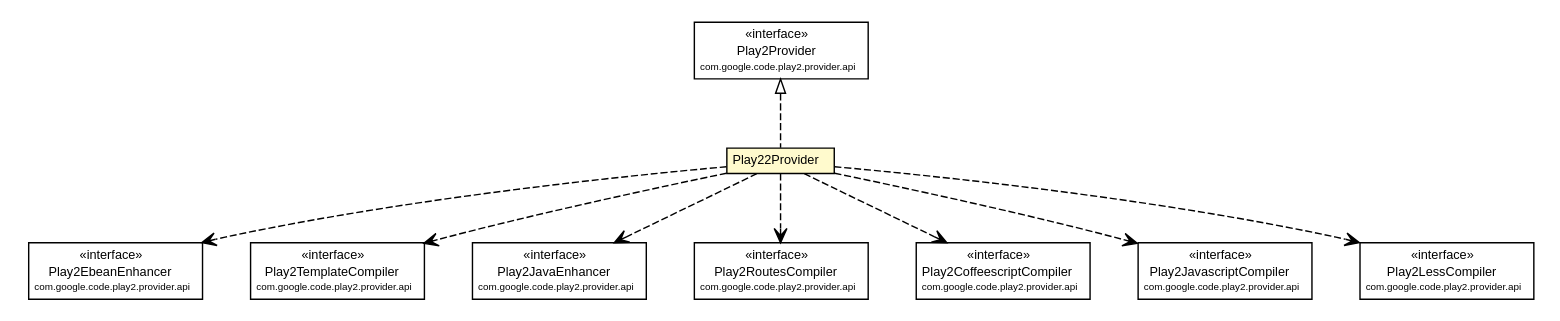
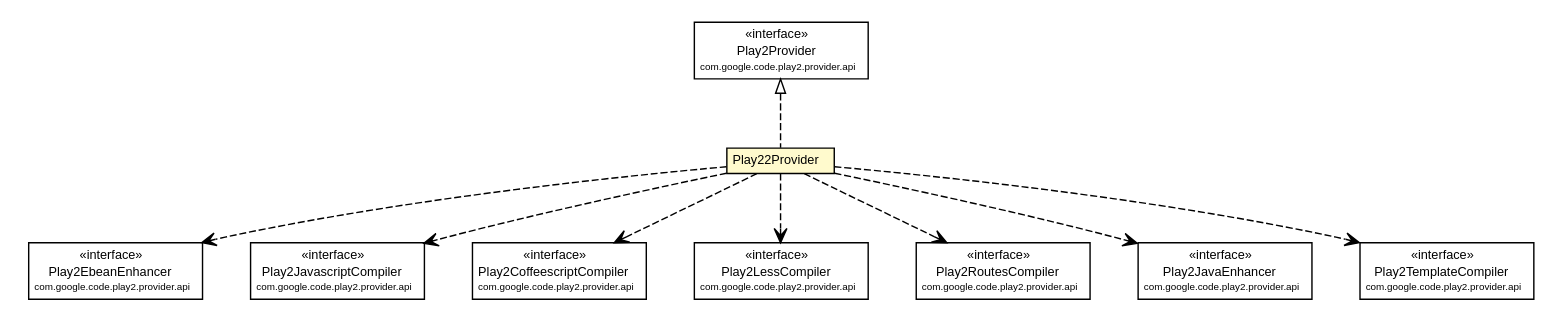
One commit to wouterhardeman/play2-maven-plugin changed the diagram in mavensite/1.0.0-beta1-SNAPSHOT/play2-providers/play2-provider-play22/apidocs/com/google/code/play2/provider/play22/Play22Provider.dot. Above: the diagram before and after it, drawn with Graphviz. The commit also changed 224 other files, not shown here.

Commit message:
Public site for version "1.0.0-beta1-SNAPSHOT" updated.

```diff
--- a/mavensite/1.0.0-beta1-SNAPSHOT/play2-providers/play2-provider-play22/apidocs/com/google/code/play2/provider/play22/Play22Provider.dot
+++ b/mavensite/1.0.0-beta1-SNAPSHOT/play2-providers/play2-provider-play22/apidocs/com/google/code/play2/provider/play22/Play22Provider.dot
@@ -19,17 +19,17 @@
 	c186:p -> c177:p [dir=back,arrowtail=empty,style=dashed];
 	// com.google.code.play2.provider.play22.Play22Provider DEPEND com.google.code.play2.provider.api.Play2EbeanEnhancer
 	c177:p -> c187:p [taillabel="", label="", headlabel="", fontname="arial", fontcolor="black", fontsize=10.0, color="black", arrowhead=open, style=dashed];
+	// com.google.code.play2.provider.play22.Play22Provider DEPEND com.google.code.play2.provider.api.Play2JavascriptCompiler
+	c177:p -> c188:p [taillabel="", label="", headlabel="", fontname="arial", fontcolor="black", fontsize=10.0, color="black", arrowhead=open, style=dashed];
+	// com.google.code.play2.provider.play22.Play22Provider DEPEND com.google.code.play2.provider.api.Play2CoffeescriptCompiler
+	c177:p -> c189:p [taillabel="", label="", headlabel="", fontname="arial", fontcolor="black", fontsize=10.0, color="black", arrowhead=open, style=dashed];
+	// com.google.code.play2.provider.play22.Play22Provider DEPEND com.google.code.play2.provider.api.Play2LessCompiler
+	c177:p -> c190:p [taillabel="", label="", headlabel="", fontname="arial", fontcolor="black", fontsize=10.0, color="black", arrowhead=open, style=dashed];
+	// com.google.code.play2.provider.play22.Play22Provider DEPEND com.google.code.play2.provider.api.Play2RoutesCompiler
+	c177:p -> c191:p [taillabel="", label="", headlabel="", fontname="arial", fontcolor="black", fontsize=10.0, color="black", arrowhead=open, style=dashed];
+	// com.google.code.play2.provider.play22.Play22Provider DEPEND com.google.code.play2.provider.api.Play2JavaEnhancer
+	c177:p -> c192:p [taillabel="", label="", headlabel="", fontname="arial", fontcolor="black", fontsize=10.0, color="black", arrowhead=open, style=dashed];
 	// com.google.code.play2.provider.play22.Play22Provider DEPEND com.google.code.play2.provider.api.Play2TemplateCompiler
-	c177:p -> c188:p [taillabel="", label="", headlabel="", fontname="arial", fontcolor="black", fontsize=10.0, color="black", arrowhead=open, style=dashed];
-	// com.google.code.play2.provider.play22.Play22Provider DEPEND com.google.code.play2.provider.api.Play2JavaEnhancer
-	c177:p -> c189:p [taillabel="", label="", headlabel="", fontname="arial", fontcolor="black", fontsize=10.0, color="black", arrowhead=open, style=dashed];
-	// com.google.code.play2.provider.play22.Play22Provider DEPEND com.google.code.play2.provider.api.Play2RoutesCompiler
-	c177:p -> c190:p [taillabel="", label="", headlabel="", fontname="arial", fontcolor="black", fontsize=10.0, color="black", arrowhead=open, style=dashed];
-	// com.google.code.play2.provider.play22.Play22Provider DEPEND com.google.code.play2.provider.api.Play2CoffeescriptCompiler
-	c177:p -> c191:p [taillabel="", label="", headlabel="", fontname="arial", fontcolor="black", fontsize=10.0, color="black", arrowhead=open, style=dashed];
-	// com.google.code.play2.provider.play22.Play22Provider DEPEND com.google.code.play2.provider.api.Play2JavascriptCompiler
-	c177:p -> c192:p [taillabel="", label="", headlabel="", fontname="arial", fontcolor="black", fontsize=10.0, color="black", arrowhead=open, style=dashed];
-	// com.google.code.play2.provider.play22.Play22Provider DEPEND com.google.code.play2.provider.api.Play2LessCompiler
 	c177:p -> c193:p [taillabel="", label="", headlabel="", fontname="arial", fontcolor="black", fontsize=10.0, color="black", arrowhead=open, style=dashed];
 	// com.google.code.play2.provider.api.Play2EbeanEnhancer
 	c187 [label=<<table title="com.google.code.play2.provider.api.Play2EbeanEnhancer" border="0" cellborder="1" cellspacing="0" cellpadding="2" port="p" href="https://play2-maven-plugin.googlecode.com/svn/mavensite/1.0.0-beta1-SNAPSHOT/play2-provider-api/apidocs/com/google/code/play2/provider/api/Play2EbeanEnhancer.html">
@@ -40,7 +40,7 @@
 		</table></td></tr>
 		</table>>, URL="https://play2-maven-plugin.googlecode.com/svn/mavensite/1.0.0-beta1-SNAPSHOT/play2-provider-api/apidocs/com/google/code/play2/provider/api/Play2EbeanEnhancer.html", fontname="arial", fontcolor="black", fontsize=9.0];
 	// com.google.code.play2.provider.api.Play2LessCompiler
-	c193 [label=<<table title="com.google.code.play2.provider.api.Play2LessCompiler" border="0" cellborder="1" cellspacing="0" cellpadding="2" port="p" href="https://play2-maven-plugin.googlecode.com/svn/mavensite/1.0.0-beta1-SNAPSHOT/play2-provider-api/apidocs/com/google/code/play2/provider/api/Play2LessCompiler.html">
+	c190 [label=<<table title="com.google.code.play2.provider.api.Play2LessCompiler" border="0" cellborder="1" cellspacing="0" cellpadding="2" port="p" href="https://play2-maven-plugin.googlecode.com/svn/mavensite/1.0.0-beta1-SNAPSHOT/play2-provider-api/apidocs/com/google/code/play2/provider/api/Play2LessCompiler.html">
 		<tr><td><table border="0" cellspacing="0" cellpadding="1">
 <tr><td align="center" balign="center"> &#171;interface&#187; </td></tr>
 <tr><td align="center" balign="center"> Play2LessCompiler </td></tr>
@@ -48,7 +48,7 @@
 		</table></td></tr>
 		</table>>, URL="https://play2-maven-plugin.googlecode.com/svn/mavensite/1.0.0-beta1-SNAPSHOT/play2-provider-api/apidocs/com/google/code/play2/provider/api/Play2LessCompiler.html", fontname="arial", fontcolor="black", fontsize=9.0];
 	// com.google.code.play2.provider.api.Play2CoffeescriptCompiler
-	c191 [label=<<table title="com.google.code.play2.provider.api.Play2CoffeescriptCompiler" border="0" cellborder="1" cellspacing="0" cellpadding="2" port="p" href="https://play2-maven-plugin.googlecode.com/svn/mavensite/1.0.0-beta1-SNAPSHOT/play2-provider-api/apidocs/com/google/code/play2/provider/api/Play2CoffeescriptCompiler.html">
+	c189 [label=<<table title="com.google.code.play2.provider.api.Play2CoffeescriptCompiler" border="0" cellborder="1" cellspacing="0" cellpadding="2" port="p" href="https://play2-maven-plugin.googlecode.com/svn/mavensite/1.0.0-beta1-SNAPSHOT/play2-provider-api/apidocs/com/google/code/play2/provider/api/Play2CoffeescriptCompiler.html">
 		<tr><td><table border="0" cellspacing="0" cellpadding="1">
 <tr><td align="center" balign="center"> &#171;interface&#187; </td></tr>
 <tr><td align="center" balign="center"> Play2CoffeescriptCompiler </td></tr>
@@ -56,7 +56,7 @@
 		</table></td></tr>
 		</table>>, URL="https://play2-maven-plugin.googlecode.com/svn/mavensite/1.0.0-beta1-SNAPSHOT/play2-provider-api/apidocs/com/google/code/play2/provider/api/Play2CoffeescriptCompiler.html", fontname="arial", fontcolor="black", fontsize=9.0];
 	// com.google.code.play2.provider.api.Play2JavaEnhancer
-	c189 [label=<<table title="com.google.code.play2.provider.api.Play2JavaEnhancer" border="0" cellborder="1" cellspacing="0" cellpadding="2" port="p" href="https://play2-maven-plugin.googlecode.com/svn/mavensite/1.0.0-beta1-SNAPSHOT/play2-provider-api/apidocs/com/google/code/play2/provider/api/Play2JavaEnhancer.html">
+	c192 [label=<<table title="com.google.code.play2.provider.api.Play2JavaEnhancer" border="0" cellborder="1" cellspacing="0" cellpadding="2" port="p" href="https://play2-maven-plugin.googlecode.com/svn/mavensite/1.0.0-beta1-SNAPSHOT/play2-provider-api/apidocs/com/google/code/play2/provider/api/Play2JavaEnhancer.html">
 		<tr><td><table border="0" cellspacing="0" cellpadding="1">
 <tr><td align="center" balign="center"> &#171;interface&#187; </td></tr>
 <tr><td align="center" balign="center"> Play2JavaEnhancer </td></tr>
@@ -64,7 +64,7 @@
 		</table></td></tr>
 		</table>>, URL="https://play2-maven-plugin.googlecode.com/svn/mavensite/1.0.0-beta1-SNAPSHOT/play2-provider-api/apidocs/com/google/code/play2/provider/api/Play2JavaEnhancer.html", fontname="arial", fontcolor="black", fontsize=9.0];
 	// com.google.code.play2.provider.api.Play2RoutesCompiler
-	c190 [label=<<table title="com.google.code.play2.provider.api.Play2RoutesCompiler" border="0" cellborder="1" cellspacing="0" cellpadding="2" port="p" href="https://play2-maven-plugin.googlecode.com/svn/mavensite/1.0.0-beta1-SNAPSHOT/play2-provider-api/apidocs/com/google/code/play2/provider/api/Play2RoutesCompiler.html">
+	c191 [label=<<table title="com.google.code.play2.provider.api.Play2RoutesCompiler" border="0" cellborder="1" cellspacing="0" cellpadding="2" port="p" href="https://play2-maven-plugin.googlecode.com/svn/mavensite/1.0.0-beta1-SNAPSHOT/play2-provider-api/apidocs/com/google/code/play2/provider/api/Play2RoutesCompiler.html">
 		<tr><td><table border="0" cellspacing="0" cellpadding="1">
 <tr><td align="center" balign="center"> &#171;interface&#187; </td></tr>
 <tr><td align="center" balign="center"> Play2RoutesCompiler </td></tr>
@@ -72,7 +72,7 @@
 		</table></td></tr>
 		</table>>, URL="https://play2-maven-plugin.googlecode.com/svn/mavensite/1.0.0-beta1-SNAPSHOT/play2-provider-api/apidocs/com/google/code/play2/provider/api/Play2RoutesCompiler.html", fontname="arial", fontcolor="black", fontsize=9.0];
 	// com.google.code.play2.provider.api.Play2JavascriptCompiler
-	c192 [label=<<table title="com.google.code.play2.provider.api.Play2JavascriptCompiler" border="0" cellborder="1" cellspacing="0" cellpadding="2" port="p" href="https://play2-maven-plugin.googlecode.com/svn/mavensite/1.0.0-beta1-SNAPSHOT/play2-provider-api/apidocs/com/google/code/play2/provider/api/Play2JavascriptCompiler.html">
+	c188 [label=<<table title="com.google.code.play2.provider.api.Play2JavascriptCompiler" border="0" cellborder="1" cellspacing="0" cellpadding="2" port="p" href="https://play2-maven-plugin.googlecode.com/svn/mavensite/1.0.0-beta1-SNAPSHOT/play2-provider-api/apidocs/com/google/code/play2/provider/api/Play2JavascriptCompiler.html">
 		<tr><td><table border="0" cellspacing="0" cellpadding="1">
 <tr><td align="center" balign="center"> &#171;interface&#187; </td></tr>
 <tr><td align="center" balign="center"> Play2JavascriptCompiler </td></tr>
@@ -88,7 +88,7 @@
 		</table></td></tr>
 		</table>>, URL="https://play2-maven-plugin.googlecode.com/svn/mavensite/1.0.0-beta1-SNAPSHOT/play2-provider-api/apidocs/com/google/code/play2/provider/api/Play2Provider.html", fontname="arial", fontcolor="black", fontsize=9.0];
 	// com.google.code.play2.provider.api.Play2TemplateCompiler
-	c188 [label=<<table title="com.google.code.play2.provider.api.Play2TemplateCompiler" border="0" cellborder="1" cellspacing="0" cellpadding="2" port="p" href="https://play2-maven-plugin.googlecode.com/svn/mavensite/1.0.0-beta1-SNAPSHOT/play2-provider-api/apidocs/com/google/code/play2/provider/api/Play2TemplateCompiler.html">
+	c193 [label=<<table title="com.google.code.play2.provider.api.Play2TemplateCompiler" border="0" cellborder="1" cellspacing="0" cellpadding="2" port="p" href="https://play2-maven-plugin.googlecode.com/svn/mavensite/1.0.0-beta1-SNAPSHOT/play2-provider-api/apidocs/com/google/code/play2/provider/api/Play2TemplateCompiler.html">
 		<tr><td><table border="0" cellspacing="0" cellpadding="1">
 <tr><td align="center" balign="center"> &#171;interface&#187; </td></tr>
 <tr><td align="center" balign="center"> Play2TemplateCompiler </td></tr>
```
